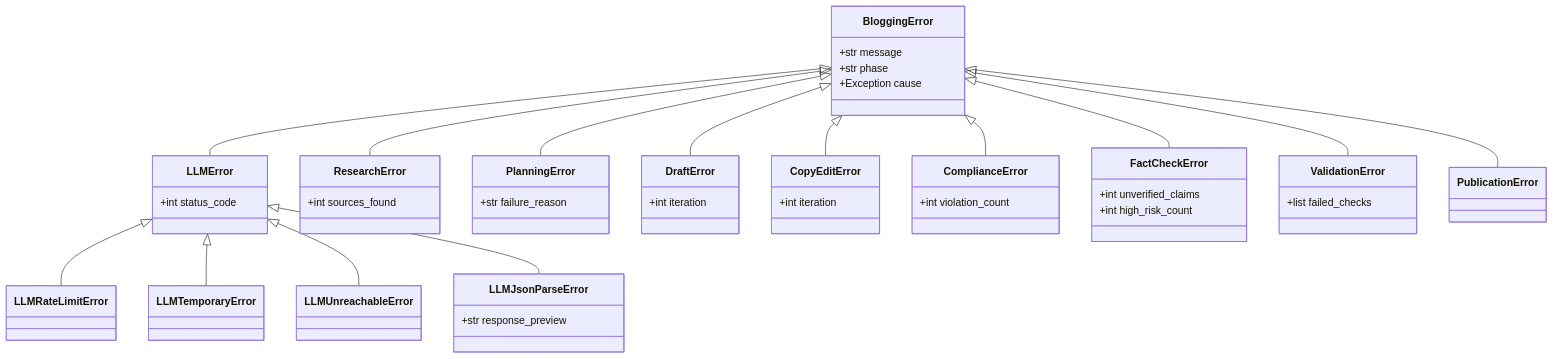
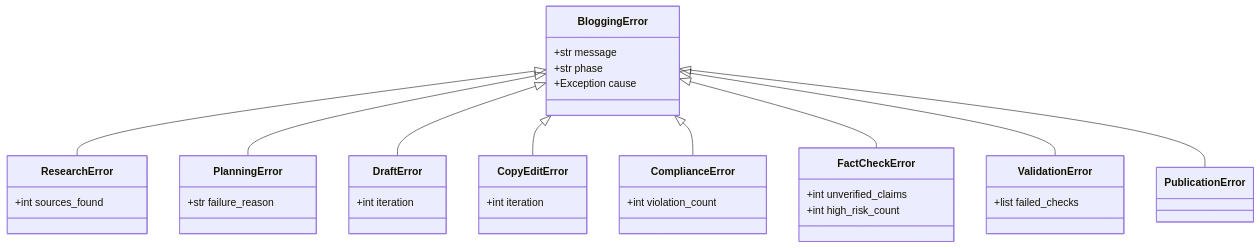
The fifth of 11 diagrams in backend/agents/blogging/system_design/System_Design.md (brandonkindred/Khala-Agentic-AI-Teams), drawn with Mermaid before and after one commit. The commit also changed 16 other files, not shown here.

````diff
--- a/backend/agents/blogging/system_design/System_Design.md
+++ b/backend/agents/blogging/system_design/System_Design.md
@@ -256,65 +256,48 @@
 ```mermaid
 classDiagram
     class BloggingError {
         +str message
         +str phase
         +Exception cause
-    }
-
-    class LLMError {
-        +int status_code
-    }
-
-    class LLMRateLimitError
-    class LLMTemporaryError
-    class LLMUnreachableError
-
-    class LLMJsonParseError {
-        +str response_preview
     }
 
     class ResearchError {
         +int sources_found
     }
 
     class PlanningError {
         +str failure_reason
     }
 
     class DraftError {
         +int iteration
     }
 
     class CopyEditError {
         +int iteration
     }
 
     class ComplianceError {
         +int violation_count
     }
 
     class FactCheckError {
         +int unverified_claims
         +int high_risk_count
     }
 
     class ValidationError {
         +list failed_checks
     }
 
     class PublicationError
 
-    BloggingError <|-- LLMError
     BloggingError <|-- ResearchError
     BloggingError <|-- PlanningError
     BloggingError <|-- DraftError
     BloggingError <|-- CopyEditError
     BloggingError <|-- ComplianceError
     BloggingError <|-- FactCheckError
     BloggingError <|-- ValidationError
     BloggingError <|-- PublicationError
-    LLMError <|-- LLMRateLimitError
-    LLMError <|-- LLMTemporaryError
-    LLMError <|-- LLMUnreachableError
-    LLMError <|-- LLMJsonParseError
 ```
````
